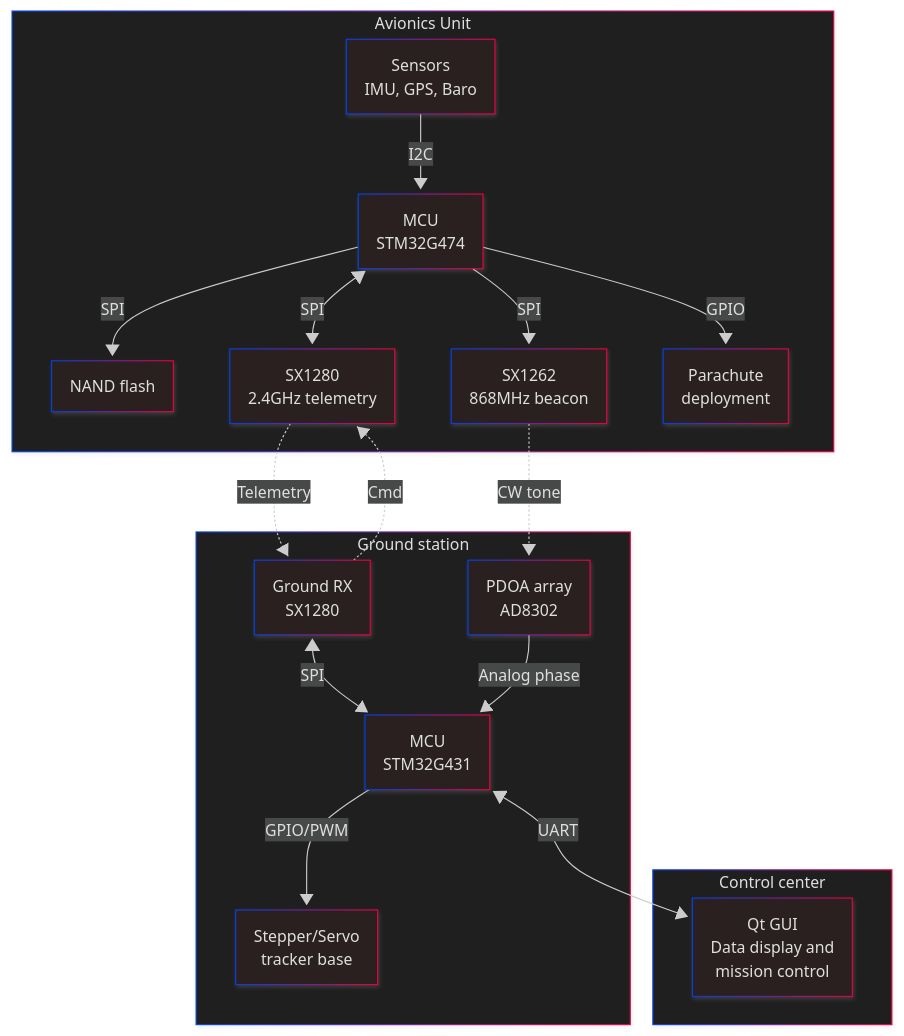
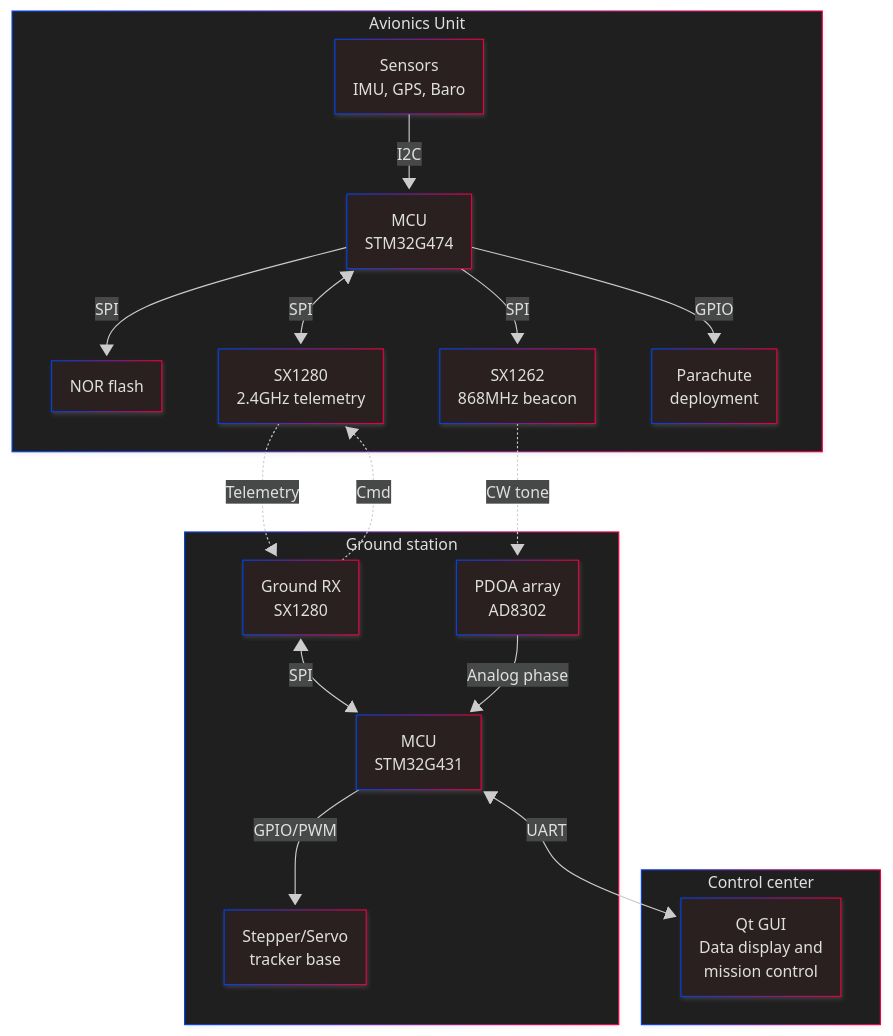
Before and after one commit to rhall510/stm32-rocket-avionics: the diagram in README.md, drawn with Mermaid. The commit also changed other lines of this file and 4 other files, not shown here.

Commit message:
Fixed packet sequence miscouting error and finalised avionics component selections

````diff
--- a/README.md
+++ b/README.md
@@ -32,37 +32,37 @@
 ```mermaid
 ---
 config:
   look: neo
   theme: neo-dark
 ---
 flowchart TB
  subgraph Rocket["Avionics Unit"]
         MCU_R["MCU<br>STM32G474"]
         Sensors["Sensors<br>IMU, GPS, Baro"]
-        NAND["NAND flash"]
+        NOR["NOR flash"]
         RKT_24["SX1280<br>2.4GHz telemetry"]
         RKT_868["SX1262<br>868MHz beacon"]
         Parachute["Parachute<br>deployment"]
   end
  subgraph Air["Ground station"]
         GS_24["Ground RX<br>SX1280"]
         GS_PDOA["PDOA array<br>AD8302"]
         MCU_G["MCU<br>STM32G431"]
         Motors["Stepper/Servo<br>tracker base"]
   end
  subgraph PC["Control center"]
         GUI["Qt GUI<br>Data display and<br> mission control"]
   end
     Sensors -- I2C --> MCU_R
     MCU_R -- SPI --> RKT_868
     MCU_R <-- SPI --> RKT_24
     MCU_R -- GPIO --> Parachute
-    MCU_R -- SPI --> NAND
+    MCU_R -- SPI --> NOR
     RKT_24 -. Telemetry .-> GS_24
     GS_24 -. Cmd .-> RKT_24
     RKT_868 -. CW tone .-> GS_PDOA
     GS_24 <-- SPI --> MCU_G
     GS_PDOA -- Analog phase --> MCU_G
     MCU_G -- GPIO/PWM --> Motors
     MCU_G <-- UART --> GUI
 ```
````
